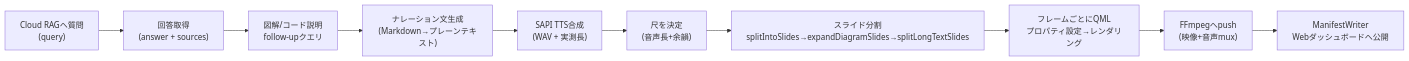
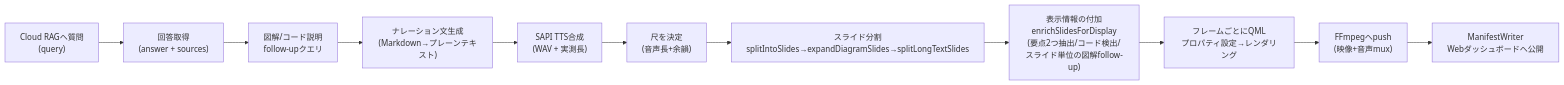
One commit to manato1201/RAGReel changed the third of 9 diagrams in docs/technical-reference.md. Above: the diagram before and after it, drawn with Mermaid. The commit also changed other lines of this file and 18 other files, not shown here.

````diff
--- a/docs/technical-reference.md
+++ b/docs/technical-reference.md
@@ -162,12 +167,13 @@
 ```mermaid
 flowchart LR
     A["Cloud RAGへ質問<br/>(query)"] --> B["回答取得<br/>(answer + sources)"]
     B --> C["図解/コード説明<br/>follow-upクエリ"]
     C --> D["ナレーション文生成<br/>(Markdown→プレーンテキスト)"]
     D --> E["SAPI TTS合成<br/>(WAV + 実測長)"]
     E --> F["尺を決定<br/>(音声長+余韻)"]
     F --> G["スライド分割<br/>splitIntoSlides→expandDiagramSlides→splitLongTextSlides"]
-    G --> H["フレームごとにQML<br/>プロパティ設定→レンダリング"]
+    G --> G2["表示情報の付加<br/>enrichSlidesForDisplay<br/>(要点2つ抽出/コード検出/スライド単位の図解follow-up)"]
+    G2 --> H["フレームごとにQML<br/>プロパティ設定→レンダリング"]
     H --> I["FFmpegへpush<br/>(映像+音声mux)"]
     I --> J["ManifestWriter<br/>Webダッシュボードへ公開"]
 ```
````
